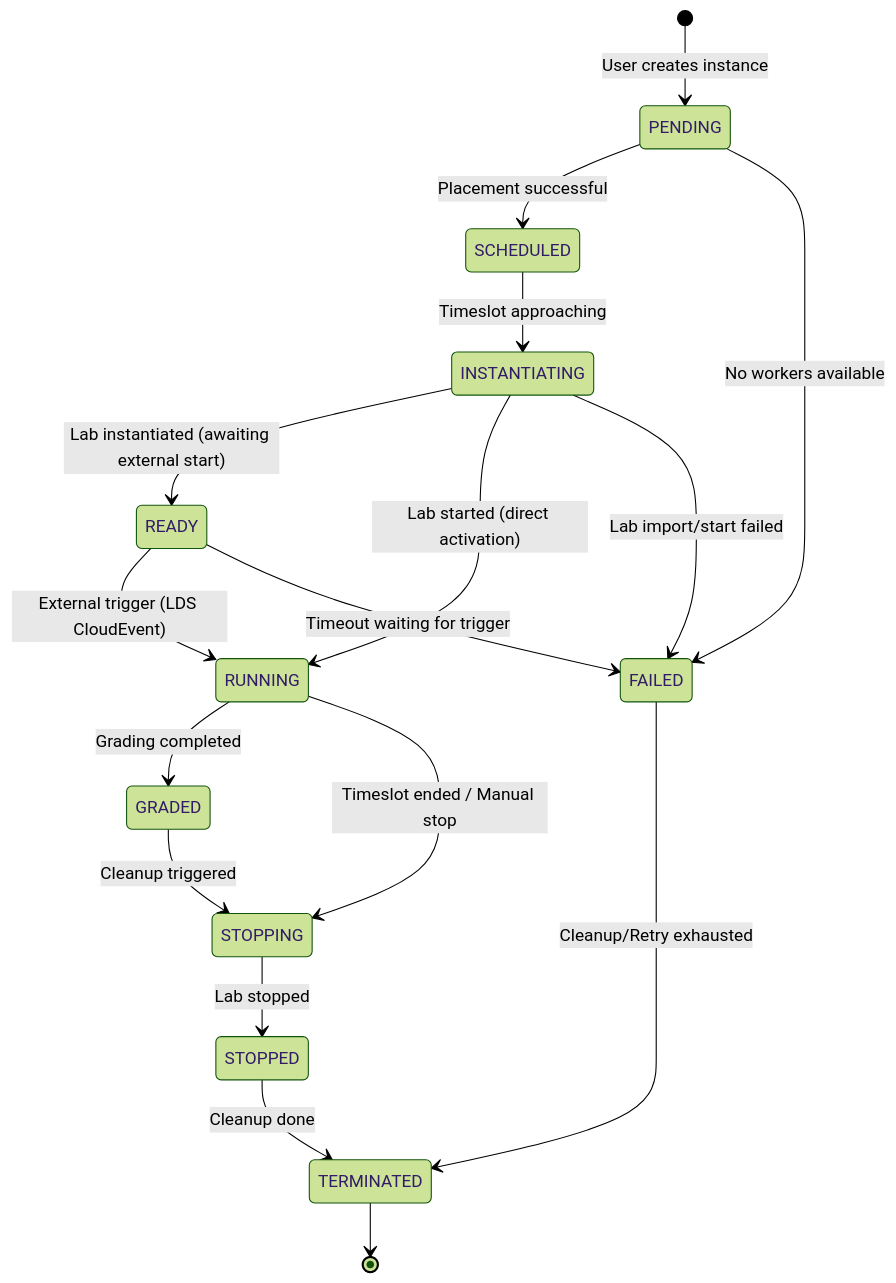
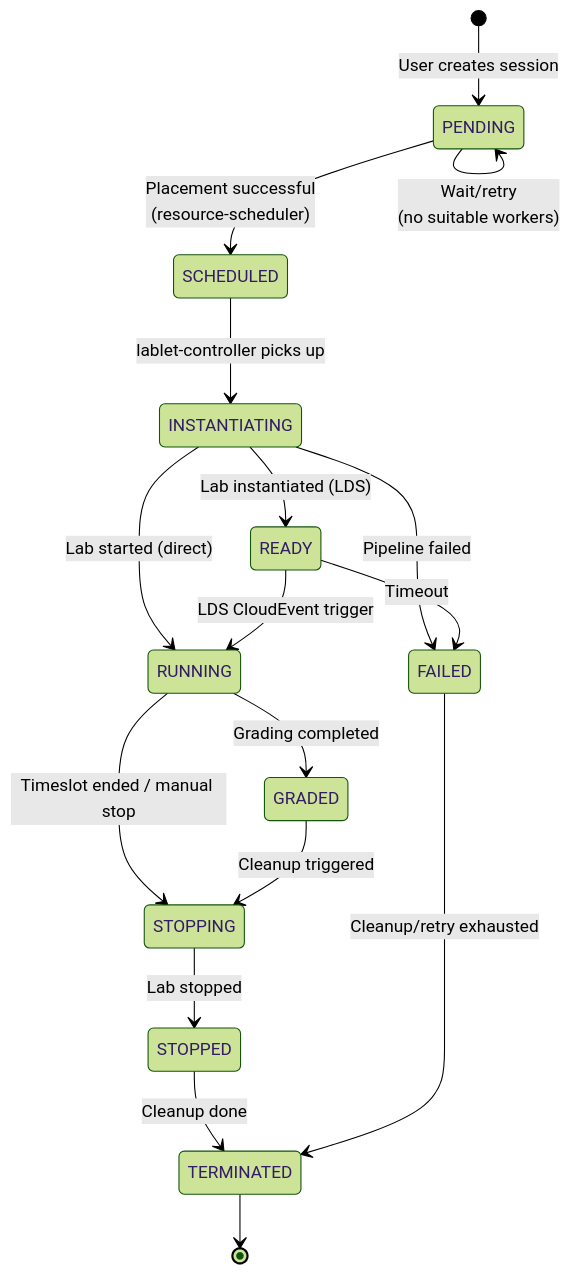
One commit to bvandewe/cml-cloud-manager changed the sixth of 6 diagrams in docs/architecture/components/resource-scheduler/index.md. Above: the diagram before and after it, drawn with Mermaid (forest theme). The commit also changed other lines of this file and 689 other files, not shown here.

````diff
--- a/docs/architecture/components/resource-scheduler/index.md
+++ b/docs/architecture/components/resource-scheduler/index.md
@@ -255,28 +342,28 @@
 ```mermaid
 stateDiagram-v2
-    [*] --> PENDING: User creates instance
+    [*] --> PENDING: User creates session
 
-    PENDING --> SCHEDULED: Placement successful
-    PENDING --> FAILED: No workers available
+    PENDING --> SCHEDULED: Placement successful<br/>(resource-scheduler)
+    PENDING --> PENDING: Wait/retry<br/>(no suitable workers)
 
-    SCHEDULED --> INSTANTIATING: Timeslot approaching
+    SCHEDULED --> INSTANTIATING: lablet-controller picks up
 
-    INSTANTIATING --> READY: Lab instantiated (awaiting external start)
-    INSTANTIATING --> RUNNING: Lab started (direct activation)
-    INSTANTIATING --> FAILED: Lab import/start failed
+    INSTANTIATING --> READY: Lab instantiated (LDS)
+    INSTANTIATING --> RUNNING: Lab started (direct)
+    INSTANTIATING --> FAILED: Pipeline failed
 
-    READY --> RUNNING: External trigger (LDS CloudEvent)
-    READY --> FAILED: Timeout waiting for trigger
+    READY --> RUNNING: LDS CloudEvent trigger
+    READY --> FAILED: Timeout
 
     RUNNING --> GRADED: Grading completed
-    RUNNING --> STOPPING: Timeslot ended / Manual stop
+    RUNNING --> STOPPING: Timeslot ended / manual stop
 
     GRADED --> STOPPING: Cleanup triggered
 
     STOPPING --> STOPPED: Lab stopped
 
     STOPPED --> TERMINATED: Cleanup done
 
-    FAILED --> TERMINATED: Cleanup/Retry exhausted
+    FAILED --> TERMINATED: Cleanup/retry exhausted
     TERMINATED --> [*]
 ```
````
